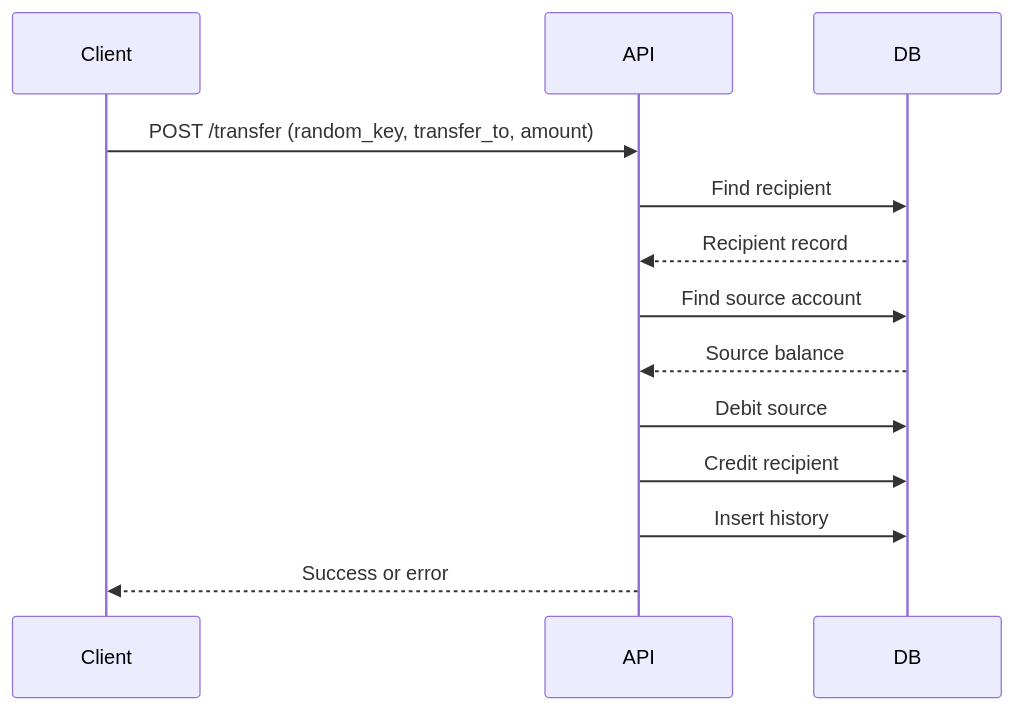
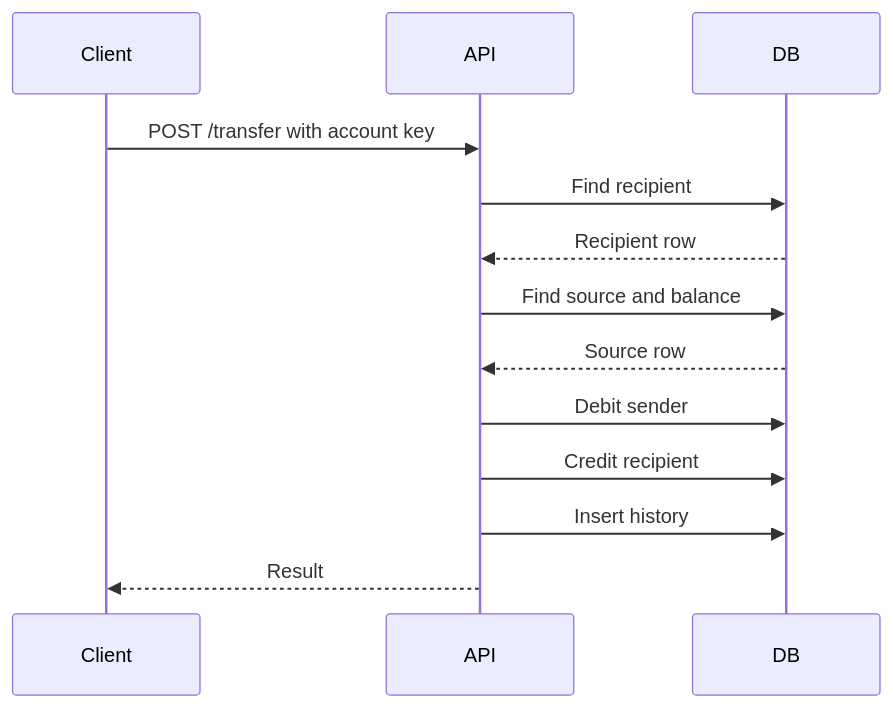
The fourth of 5 diagrams in docs/data-flow.md (Brajesh31/ArcherE-Bank), drawn with Mermaid before and after one commit. The commit also changed other lines of this file and 63 other files, not shown here.

````diff
--- a/docs/data-flow.md
+++ b/docs/data-flow.md
@@ -34,15 +59,15 @@
-```mermaid
+~~~mermaid
 sequenceDiagram
     participant Client
     participant API
     participant DB
-    Client->>API: POST /transfer (random_key, transfer_to, amount)
+    Client->>API: POST /transfer with account key
     API->>DB: Find recipient
-    DB-->>API: Recipient record
-    API->>DB: Find source account
-    DB-->>API: Source balance
-    API->>DB: Debit source
+    DB-->>API: Recipient row
+    API->>DB: Find source and balance
+    DB-->>API: Source row
+    API->>DB: Debit sender
     API->>DB: Credit recipient
     API->>DB: Insert history
-    API-->>Client: Success or error
-```
+    API-->>Client: Result
+~~~
````
